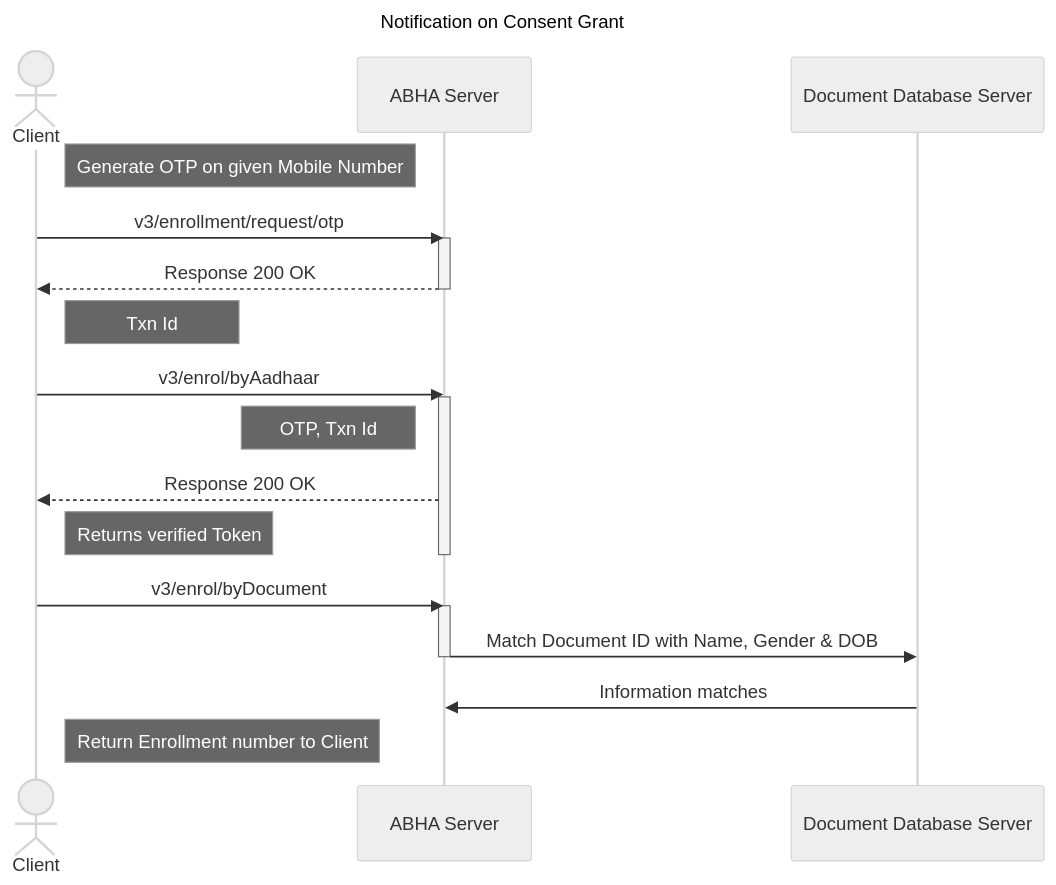
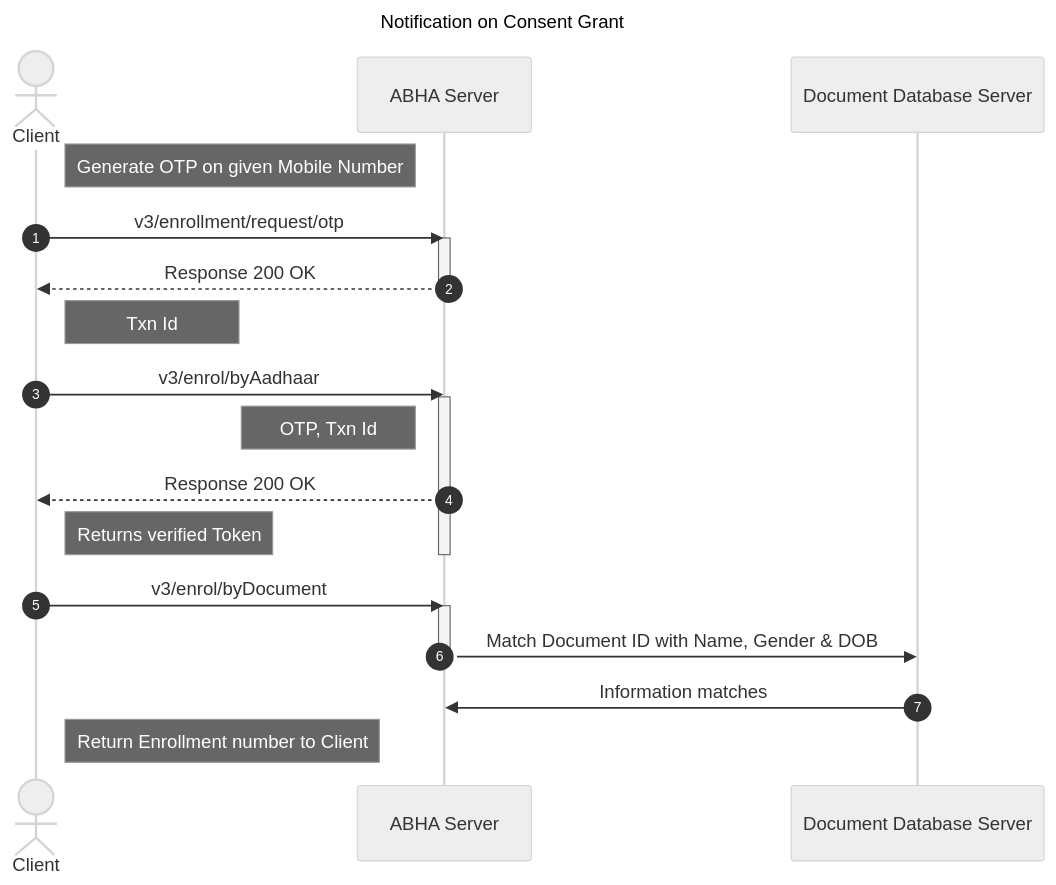
One commit to kiranma72/abdm-docs changed the diagram in content/2-milestone1/abha-number/TEST-driving-license.md. Above: the diagram before and after it, drawn with Mermaid (neutral theme).

Commit message:
test commit14 add innit line

```diff
--- a/content/2-milestone1/abha-number/TEST-driving-license.md
+++ b/content/2-milestone1/abha-number/TEST-driving-license.md
@@ -84,23 +84,24 @@
 {{< mermaid >}}
+%%{init:{"fontSize": "1.0rem", "sequence":{"showSequenceNumbers":true}}}%%
 sequenceDiagram
 title Notification on Consent Grant
 actor Client
 Note right of Client: Generate OTP on given Mobile Number
 Client->>ABHA Server:v3/enrollment/request/otp
 activate ABHA Server
 ABHA Server-->> Client: Response 200 OK
 deactivate ABHA Server
 Note right of Client: Txn Id
 Client->>ABHA Server:v3/enrol/byAadhaar
 activate ABHA Server
 Note left of ABHA Server: OTP, Txn Id
 ABHA Server-->> Client: Response 200 OK
 Note right of Client: Returns verified Token
 deactivate ABHA Server
 Client->>ABHA Server:v3/enrol/byDocument
 activate ABHA Server
 ABHA Server->> Document Database Server: Match Document ID with Name, Gender & DOB
 deactivate ABHA Server
 Document Database Server->>ABHA Server:Information matches
 Note right of Client: Return Enrollment number to Client
 {{< /mermaid >}}
```
